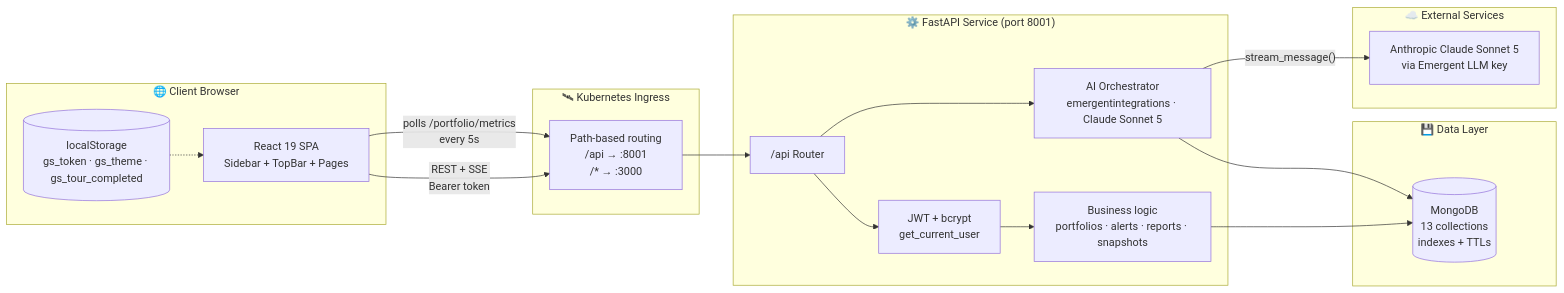
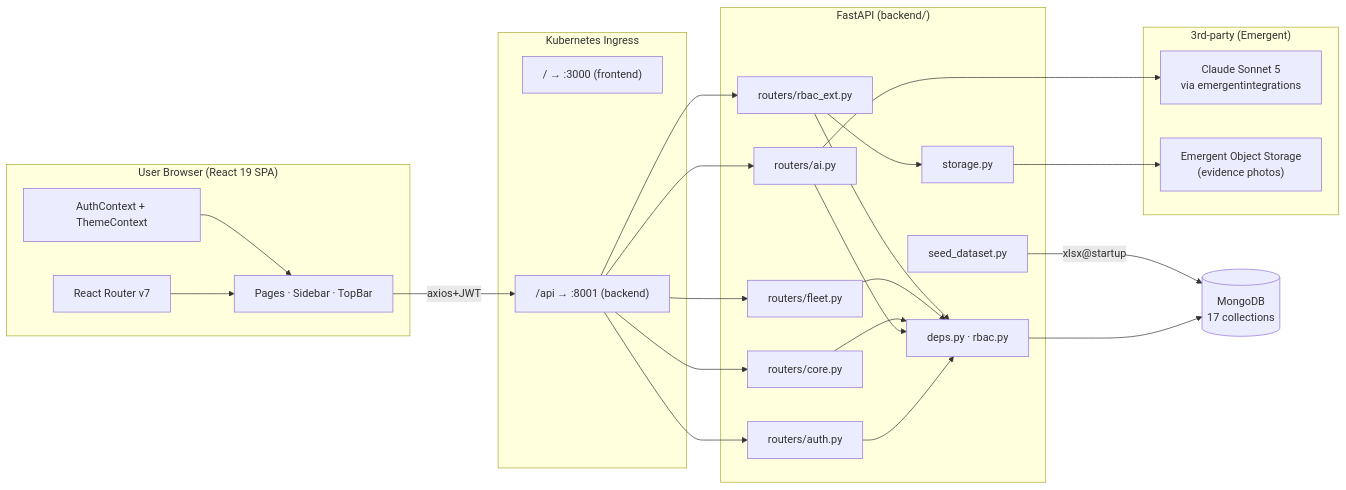
Before and after one commit to RCML2016/Green-Solutions_Week1: the first of 8 diagrams in memory/ARCHITECTURE.md, drawn with Mermaid. The commit also changed other lines of this file and 1 other file, not shown here.

````diff
--- a/memory/ARCHITECTURE.md
+++ b/memory/ARCHITECTURE.md
@@ -10,37 +20,43 @@
 ```mermaid
 flowchart LR
-  subgraph Client["🌐 Client Browser"]
-    UI["React 19 SPA<br/>Sidebar + TopBar + Pages"]
-    LS[("localStorage<br/>gs_token · gs_theme · gs_tour_completed")]
-  end
+    subgraph Browser["User Browser (React 19 SPA)"]
+        UI[Pages · Sidebar · TopBar]
+        Ctx[AuthContext + ThemeContext]
+        Router[React Router v7]
+    end
 
-  subgraph Edge["🛰 Kubernetes Ingress"]
-    Ingress["Path-based routing<br/>/api → :8001<br/>/* → :3000"]
-  end
+    subgraph Ingress["Kubernetes Ingress"]
+        FE["/  → :3000 (frontend)"]
+        BE["/api → :8001 (backend)"]
+    end
 
-  subgraph Backend["⚙️ FastAPI Service (port 8001)"]
-    Router["/api Router"]
-    Auth["JWT + bcrypt<br/>get_current_user"]
-    Biz["Business logic<br/>portfolios · alerts · reports · snapshots"]
-    AI["AI Orchestrator<br/>emergentintegrations · Claude Sonnet 5"]
-  end
+    subgraph Backend["FastAPI (backend/)"]
+        Auth[routers/auth.py]
+        AI[routers/ai.py]
+        Core[routers/core.py]
+        Fleet[routers/fleet.py]
+        RBAC[routers/rbac_ext.py]
+        Deps[deps.py · rbac.py]
+        Seed[seed_dataset.py]
+        Storage[storage.py]
+    end
 
-  subgraph Data["💾 Data Layer"]
-    Mongo[("MongoDB<br/>13 collections<br/>indexes + TTLs")]
-  end
+    subgraph External["3rd-party (Emergent)"]
+        LLM["Claude Sonnet 5<br/>via emergentintegrations"]
+        OBJ["Emergent Object Storage<br/>(evidence photos)"]
+    end
 
-  subgraph External["☁️ External Services"]
-    LLM["Anthropic Claude Sonnet 5<br/>via Emergent LLM key"]
-  end
+    Mongo[(MongoDB<br/>17 collections)]
 
-  UI -- "REST + SSE<br/>Bearer token" --> Ingress
-  Ingress --> Router
-  Router --> Auth
-  Auth --> Biz
-  Biz --> Mongo
-  Router --> AI
-  AI -- "stream_message()" --> LLM
-  AI --> Mongo
-  UI -- "polls /portfolio/metrics<br/>every 5s" --> Ingress
-  LS -.-> UI
+    UI -- axios+JWT --> BE
+    Router --> UI
+    Ctx --> UI
+
+    BE --> Auth & AI & Core & Fleet & RBAC
+    Auth & AI & Core & Fleet & RBAC --> Deps
+    Deps --> Mongo
+    Seed -- xlsx@startup --> Mongo
+    AI --> LLM
+    RBAC --> Storage
+    Storage --> OBJ
 ```
````
